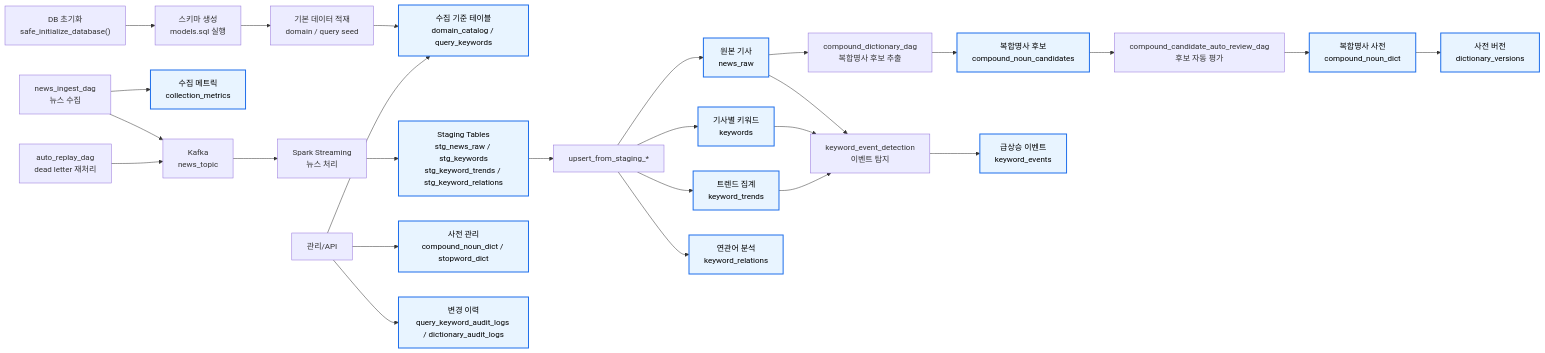
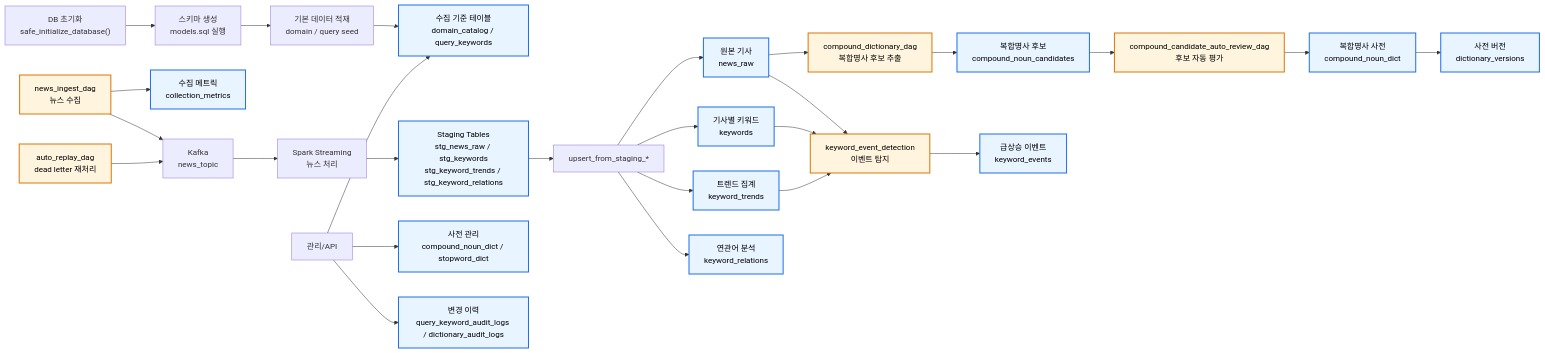
One commit to yeongmin-yu/news-trend-pipeline-dev changed the diagram in docs/design/STEP3-1_DATABASE.md. Above: the diagram before and after it, drawn with Mermaid.

````diff
--- a/docs/design/STEP3-1_DATABASE.md
+++ b/docs/design/STEP3-1_DATABASE.md
@@ -22,38 +22,42 @@
 ```mermaid
 flowchart LR
     A["DB 초기화<br/>safe_initialize_database()"] --> B["스키마 생성<br/>models.sql 실행"]
     B --> C["기본 데이터 적재<br/>domain / query seed"]
     C --> D["수집 기준 테이블<br/>domain_catalog / query_keywords"]
 
     E["news_ingest_dag<br/>뉴스 수집"] --> F["수집 메트릭<br/>collection_metrics"]
     E --> G["Kafka<br/>news_topic"]
     H["auto_replay_dag<br/>dead letter 재처리"] --> G
 
     G --> I["Spark Streaming<br/>뉴스 처리"]
     I --> J["Staging Tables<br/>stg_news_raw / stg_keywords<br/>stg_keyword_trends / stg_keyword_relations"]
     J --> K["upsert_from_staging_*"]
 
     K --> L["원본 기사<br/>news_raw"]
     K --> M["기사별 키워드<br/>keywords"]
     K --> N["트렌드 집계<br/>keyword_trends"]
     K --> O["연관어 분석<br/>keyword_relations"]
 
     L --> P["compound_dictionary_dag<br/>복합명사 후보 추출"]
     P --> Q["복합명사 후보<br/>compound_noun_candidates"]
     Q --> R["compound_candidate_auto_review_dag<br/>후보 자동 평가"]
     R --> S["복합명사 사전<br/>compound_noun_dict"]
     S --> T["사전 버전<br/>dictionary_versions"]
 
     L --> U["keyword_event_detection<br/>이벤트 탐지"]
     M --> U
     N --> U
     U --> V["급상승 이벤트<br/>keyword_events"]
 
     W["관리/API"] --> D
     W --> X["사전 관리<br/>compound_noun_dict / stopword_dict"]
     W --> Y["변경 이력<br/>query_keyword_audit_logs / dictionary_audit_logs"]
 
     class D,F,J,L,M,N,O,Q,S,T,V,X,Y tableNode
 
     classDef tableNode fill:#e8f4ff,stroke:#1f6feb,stroke-width:2px,color:black
+
+    class E,H,P,R,U dagNode
+    
+    classDef dagNode fill:#fff4de,stroke:#d97706,stroke-width:2px,color:black
 ```
````
